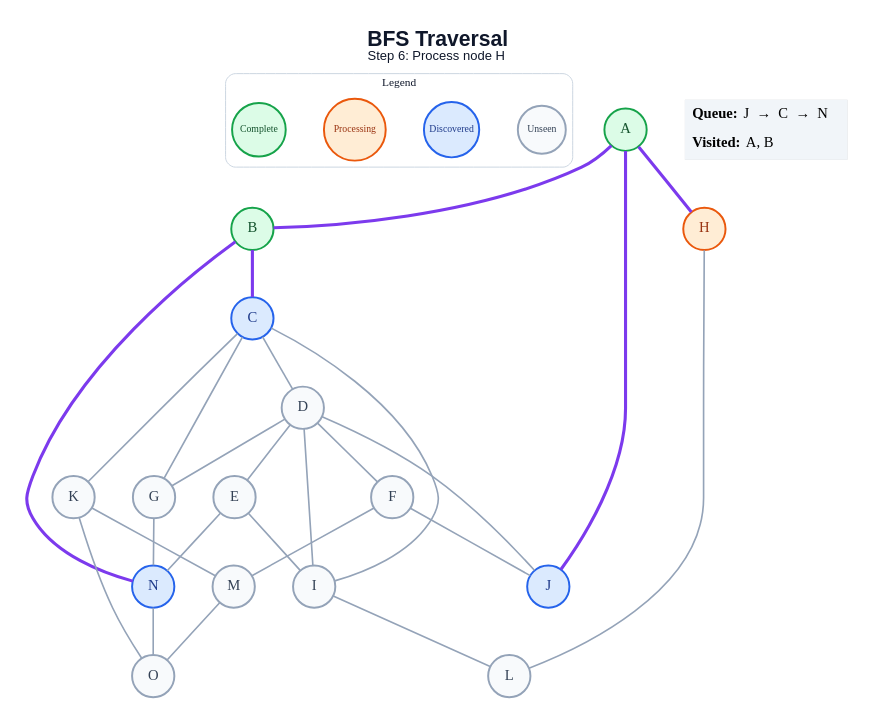
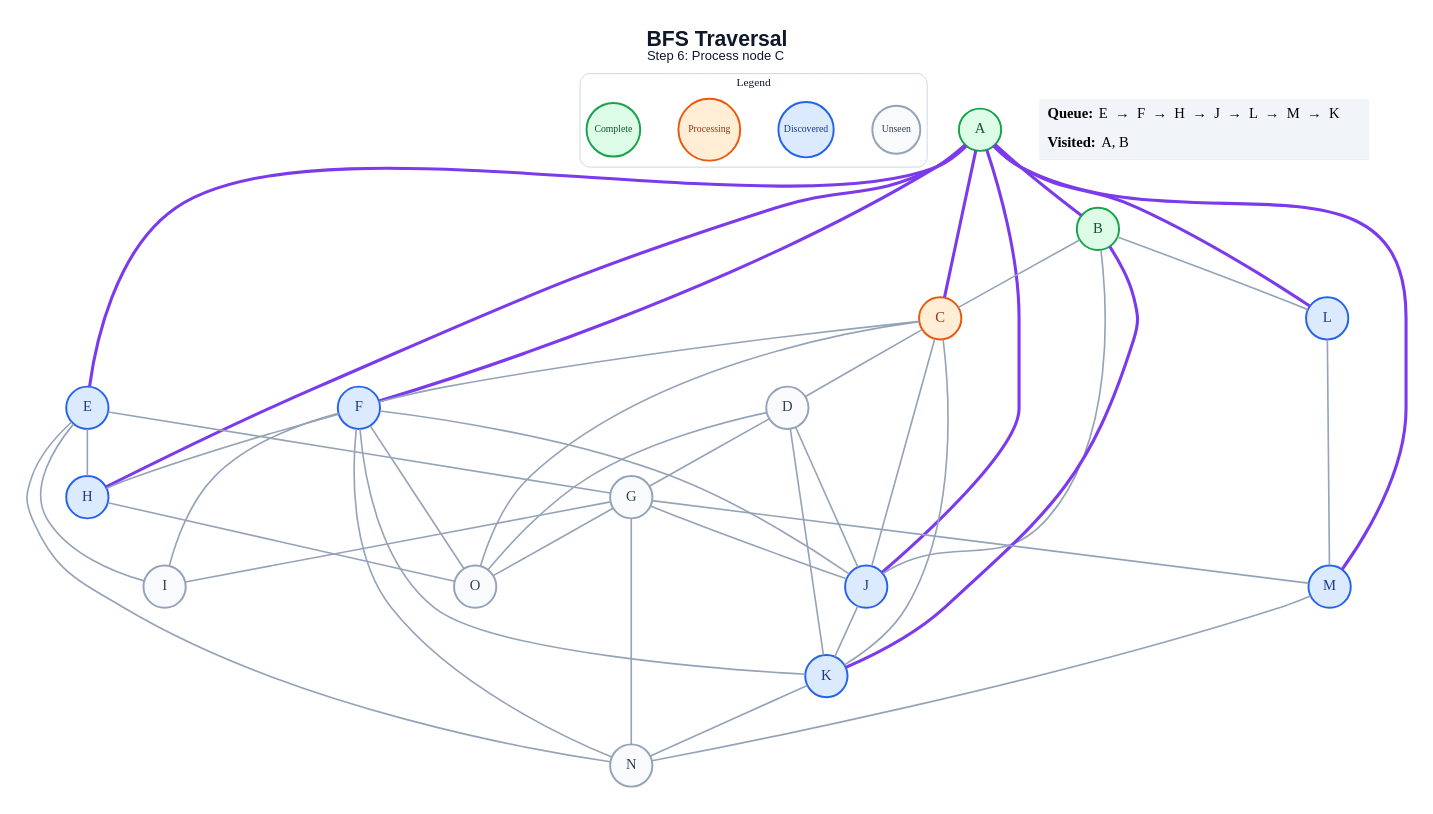
The diagram in generated/bfs/step_06.dot (anon7238593-create/ai-slop), drawn with Graphviz before and after one commit. The commit also changed 265 other files, not shown here.

```diff
--- a/generated/bfs/step_06.dot
+++ b/generated/bfs/step_06.dot
@@ -1,59 +1,75 @@
 graph traversal {
   graph [layout=dot, rankdir=TB, bgcolor="#FFFFFF", pad="0.35", nodesep="0.65", ranksep="0.8", fontname="Arial"];
   node [shape=circle, style="filled", fontname="Arial Bold", fontsize=18, width=0.72, fixedsize=true, penwidth=2.4];
   edge [color="#94A3B8", penwidth=2.0];
-  label=<<B>BFS Traversal</B><BR/><FONT POINT-SIZE="16">Step 6: Process node H</FONT>>; labelloc="t"; fontsize=26; fontname="Arial"; fontcolor="#0F172A";
+  label=<<B>BFS Traversal</B><BR/><FONT POINT-SIZE="16">Step 6: Process node C</FONT>>; labelloc="t"; fontsize=26; fontname="Arial"; fontcolor="#0F172A";
   subgraph cluster_legend { label="Legend"; color="#CBD5E1"; penwidth=1.2; style="rounded"; fontsize=14; fontname="Arial Bold";
     key_unseen [label="Unseen", fillcolor="#F8FAFC", color="#94A3B8", fontcolor="#334155", fontsize=12, width=0.82];
     key_frontier [label="Discovered", fillcolor="#DBEAFE", color="#2563EB", fontcolor="#1E3A8A", fontsize=12, width=0.95];
     key_current [label="Processing", fillcolor="#FFEDD5", color="#EA580C", fontcolor="#9A3412", fontsize=12, width=1.05];
     key_done [label="Complete", fillcolor="#DCFCE7", color="#16A34A", fontcolor="#14532D", fontsize=12, width=0.92];
     { rank=same; key_unseen; key_frontier; key_current; key_done; }
   }
   A [fillcolor="#DCFCE7", color="#16A34A", fontcolor="#14532D"];
   B [fillcolor="#DCFCE7", color="#16A34A", fontcolor="#14532D"];
-  C [fillcolor="#DBEAFE", color="#2563EB", fontcolor="#1E3A8A"];
+  C [fillcolor="#FFEDD5", color="#EA580C", fontcolor="#9A3412"];
   D [fillcolor="#F8FAFC", color="#94A3B8", fontcolor="#334155"];
-  E [fillcolor="#F8FAFC", color="#94A3B8", fontcolor="#334155"];
-  F [fillcolor="#F8FAFC", color="#94A3B8", fontcolor="#334155"];
+  E [fillcolor="#DBEAFE", color="#2563EB", fontcolor="#1E3A8A"];
+  F [fillcolor="#DBEAFE", color="#2563EB", fontcolor="#1E3A8A"];
   G [fillcolor="#F8FAFC", color="#94A3B8", fontcolor="#334155"];
-  H [fillcolor="#FFEDD5", color="#EA580C", fontcolor="#9A3412"];
+  H [fillcolor="#DBEAFE", color="#2563EB", fontcolor="#1E3A8A"];
   I [fillcolor="#F8FAFC", color="#94A3B8", fontcolor="#334155"];
   J [fillcolor="#DBEAFE", color="#2563EB", fontcolor="#1E3A8A"];
-  K [fillcolor="#F8FAFC", color="#94A3B8", fontcolor="#334155"];
-  L [fillcolor="#F8FAFC", color="#94A3B8", fontcolor="#334155"];
-  M [fillcolor="#F8FAFC", color="#94A3B8", fontcolor="#334155"];
-  N [fillcolor="#DBEAFE", color="#2563EB", fontcolor="#1E3A8A"];
+  K [fillcolor="#DBEAFE", color="#2563EB", fontcolor="#1E3A8A"];
+  L [fillcolor="#DBEAFE", color="#2563EB", fontcolor="#1E3A8A"];
+  M [fillcolor="#DBEAFE", color="#2563EB", fontcolor="#1E3A8A"];
+  N [fillcolor="#F8FAFC", color="#94A3B8", fontcolor="#334155"];
   O [fillcolor="#F8FAFC", color="#94A3B8", fontcolor="#334155"];
   A -- B [color="#7C3AED", penwidth=3.8];
+  A -- C [color="#7C3AED", penwidth=3.8];
+  A -- E [color="#7C3AED", penwidth=3.8];
+  A -- F [color="#7C3AED", penwidth=3.8];
   A -- H [color="#7C3AED", penwidth=3.8];
   A -- J [color="#7C3AED", penwidth=3.8];
-  B -- C [color="#7C3AED", penwidth=3.8];
-  B -- N [color="#7C3AED", penwidth=3.8];
+  A -- L [color="#7C3AED", penwidth=3.8];
+  A -- M [color="#7C3AED", penwidth=3.8];
+  B -- C;
+  B -- J;
+  B -- K [color="#7C3AED", penwidth=3.8];
+  B -- L;
   C -- D;
-  C -- G;
-  C -- I;
+  C -- F;
+  C -- J;
   C -- K;
-  D -- E;
-  D -- F;
+  C -- O;
   D -- G;
-  D -- I;
   D -- J;
+  D -- K;
+  D -- O;
+  E -- G;
+  E -- H;
   E -- I;
   E -- N;
+  F -- H;
+  F -- I;
   F -- J;
-  F -- M;
+  F -- K;
+  F -- N;
+  F -- O;
+  G -- I;
+  G -- J;
+  G -- M;
   G -- N;
-  H -- L;
-  I -- L;
-  K -- M;
-  K -- O;
-  M -- O;
-  N -- O;
+  G -- O;
+  H -- O;
+  J -- K;
+  K -- N;
+  L -- M;
+  M -- N;
   status [shape=plain, fixedsize=false, width=0, height=0, margin=0, label=<
     <TABLE BORDER="0" CELLBORDER="0" CELLPADDING="7" BGCOLOR="#F1F5F9">
-      <TR><TD ALIGN="LEFT"><B>Queue:</B> J  →  C  →  N</TD></TR>
+      <TR><TD ALIGN="LEFT"><B>Queue:</B> E  →  F  →  H  →  J  →  L  →  M  →  K</TD></TR>
       <TR><TD ALIGN="LEFT"><B>Visited:</B> A, B</TD></TR>
     </TABLE>
   >];
 }
```
